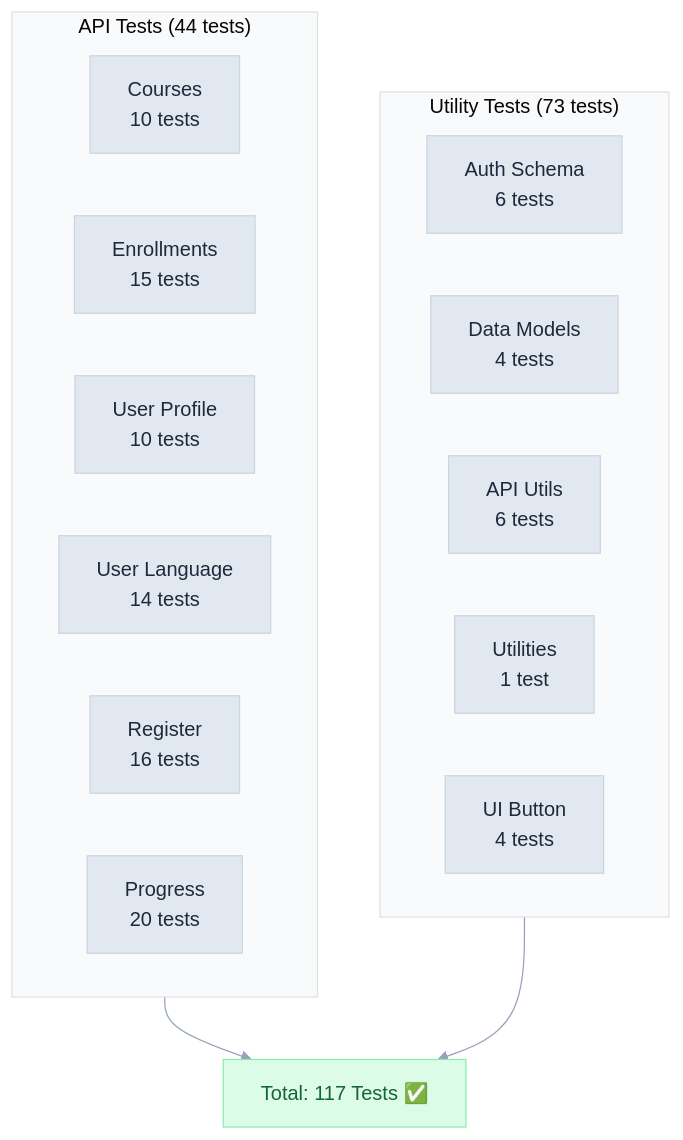
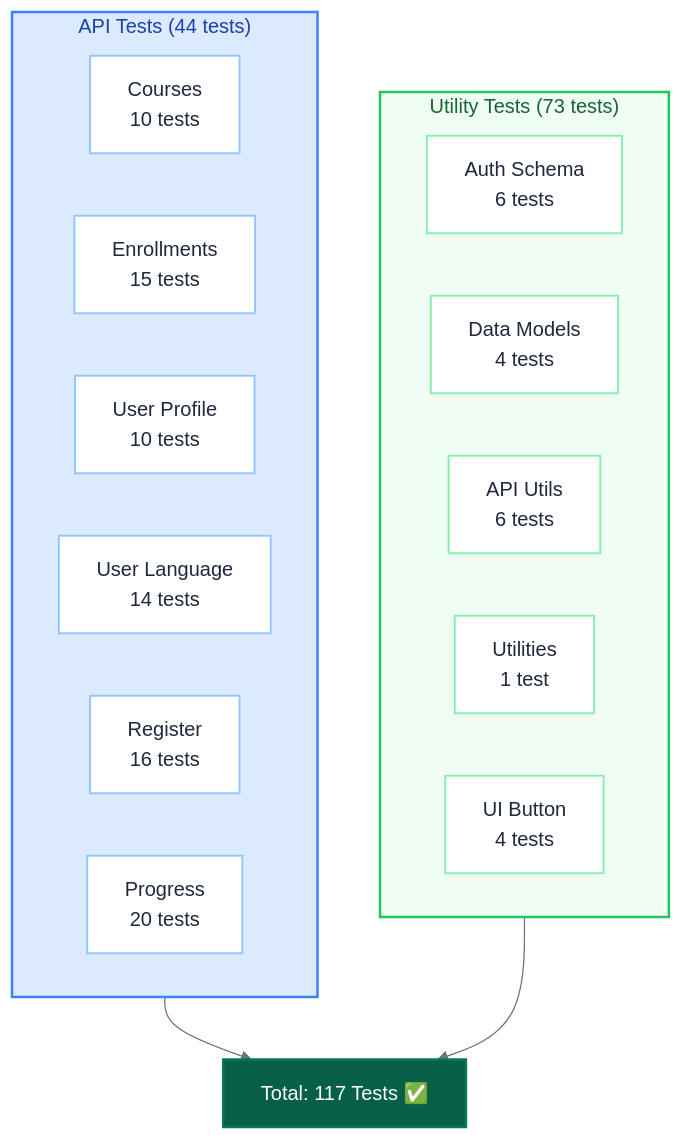
The diagram in doc/api_tests_quick_ref.md (3DHDSoft/devmultiplier-academy), drawn with Mermaid before and after one commit. The commit also changed 17 other files, not shown here.

````diff
--- a/doc/api_tests_quick_ref.md
+++ b/doc/api_tests_quick_ref.md
@@ -8,36 +8,50 @@
 ```mermaid
 %%{init: {'theme': 'base', 'themeVariables': {
-  'primaryColor': '#e2e8f0',
+  'primaryColor': '#e8f4f8',
   'primaryTextColor': '#1e293b',
-  'primaryBorderColor': '#cbd5e1',
-  'lineColor': '#94a3b8',
-  'secondaryColor': '#f1f5f9',
-  'tertiaryColor': '#f8fafc',
+  'primaryBorderColor': '#94a3b8',
+  'lineColor': '#64748b',
+  'secondaryColor': '#f0fdf4',
+  'tertiaryColor': '#fefce8',
   'background': '#ffffff',
-  'textColor': '#334155',
+  'textColor': '#1e293b',
   'fontFamily': 'system-ui, -apple-system, sans-serif'
-}}}%%graph TB
-    subgraph API["API Tests (44 tests)"]
-        Courses["Courses<br/>10 tests"]
-        Enrollments["Enrollments<br/>15 tests"]
-        Profile["User Profile<br/>10 tests"]
-        Language["User Language<br/>14 tests"]
-        Register["Register<br/>16 tests"]
-        Progress["Progress<br/>20 tests"]
-    end
+}}}%%
+graph TB
+  subgraph API["API Tests (44 tests)"]
+    Courses["Courses<br/>10 tests"]
+    Enrollments["Enrollments<br/>15 tests"]
+    Profile["User Profile<br/>10 tests"]
+    Language["User Language<br/>14 tests"]
+    Register["Register<br/>16 tests"]
+    Progress["Progress<br/>20 tests"]
+  end
 
-    subgraph Util["Utility Tests (73 tests)"]
-        Auth["Auth Schema<br/>6 tests"]
-        Models["Data Models<br/>4 tests"]
-        APIUtils["API Utils<br/>6 tests"]
-        Utils["Utilities<br/>1 test"]
-        Button["UI Button<br/>4 tests"]
-    end
+  subgraph Util["Utility Tests (73 tests)"]
+    Auth["Auth Schema<br/>6 tests"]
+    Models["Data Models<br/>4 tests"]
+    APIUtils["API Utils<br/>6 tests"]
+    Utils["Utilities<br/>1 test"]
+    Button["UI Button<br/>4 tests"]
+  end
 
-    Total["Total: 117 Tests ✅"]
+  Total["Total: 117 Tests ✅"]
 
-    API --> Total
-    Util --> Total
+  API --> Total
+  Util --> Total
 
-    style Total fill:#dcfce7,stroke:#86efac,color:#166534
+  style API fill:#dbeafe,stroke:#3b82f6,color:#1e40af,stroke-width:2px
+  style Util fill:#f0fdf4,stroke:#22c55e,color:#166534,stroke-width:2px
+  style Total fill:#065f46,stroke:#047857,color:#ffffff,stroke-width:2px
+  style Courses fill:#ffffff,stroke:#93c5fd,color:#1e293b,stroke-width:1.5px
+  style Enrollments fill:#ffffff,stroke:#93c5fd,color:#1e293b,stroke-width:1.5px
+  style Profile fill:#ffffff,stroke:#93c5fd,color:#1e293b,stroke-width:1.5px
+  style Language fill:#ffffff,stroke:#93c5fd,color:#1e293b,stroke-width:1.5px
+  style Register fill:#ffffff,stroke:#93c5fd,color:#1e293b,stroke-width:1.5px
+  style Progress fill:#ffffff,stroke:#93c5fd,color:#1e293b,stroke-width:1.5px
+  style Auth fill:#ffffff,stroke:#86efac,color:#1e293b,stroke-width:1.5px
+  style Models fill:#ffffff,stroke:#86efac,color:#1e293b,stroke-width:1.5px
+  style APIUtils fill:#ffffff,stroke:#86efac,color:#1e293b,stroke-width:1.5px
+  style Utils fill:#ffffff,stroke:#86efac,color:#1e293b,stroke-width:1.5px
+  style Button fill:#ffffff,stroke:#86efac,color:#1e293b,stroke-width:1.5px
 ```
````
